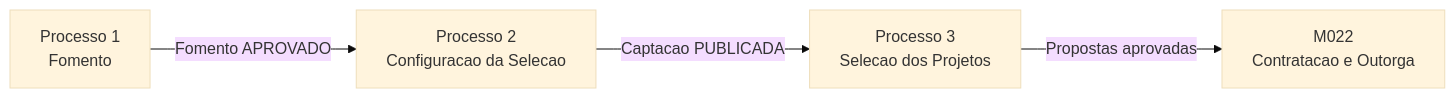
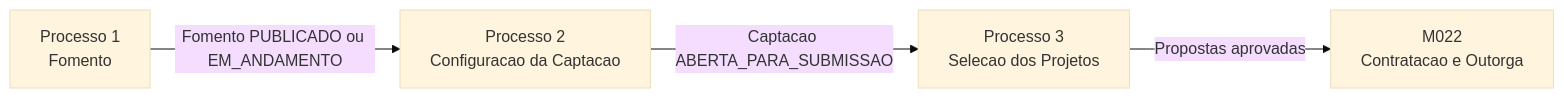
One commit to Czzped/conecta-fapes-teste changed the diagram in docs/implementation/modules/M011-configuracao-captacao/process/process.md. Above: the diagram before and after it, drawn with Mermaid (base theme). The commit also changed other lines of this file and 7 other files, not shown here.

````diff
--- a/docs/implementation/modules/M011-configuracao-captacao/process/process.md
+++ b/docs/implementation/modules/M011-configuracao-captacao/process/process.md
@@ -22,6 +22,6 @@
 ```mermaid
 flowchart LR
-    P1[Processo 1\nFomento] -->|Fomento APROVADO| P2[Processo 2\nConfiguracao da Selecao]
-    P2 -->|Captacao PUBLICADA| P3[Processo 3\nSelecao dos Projetos]
+    P1[Processo 1\nFomento] -->|Fomento PUBLICADO ou EM_ANDAMENTO| P2[Processo 2\nConfiguracao da Captacao]
+    P2 -->|Captacao ABERTA_PARA_SUBMISSAO| P3[Processo 3\nSelecao dos Projetos]
     P3 -->|Propostas aprovadas| M022[M022\nContratacao e Outorga]
 ```
````
